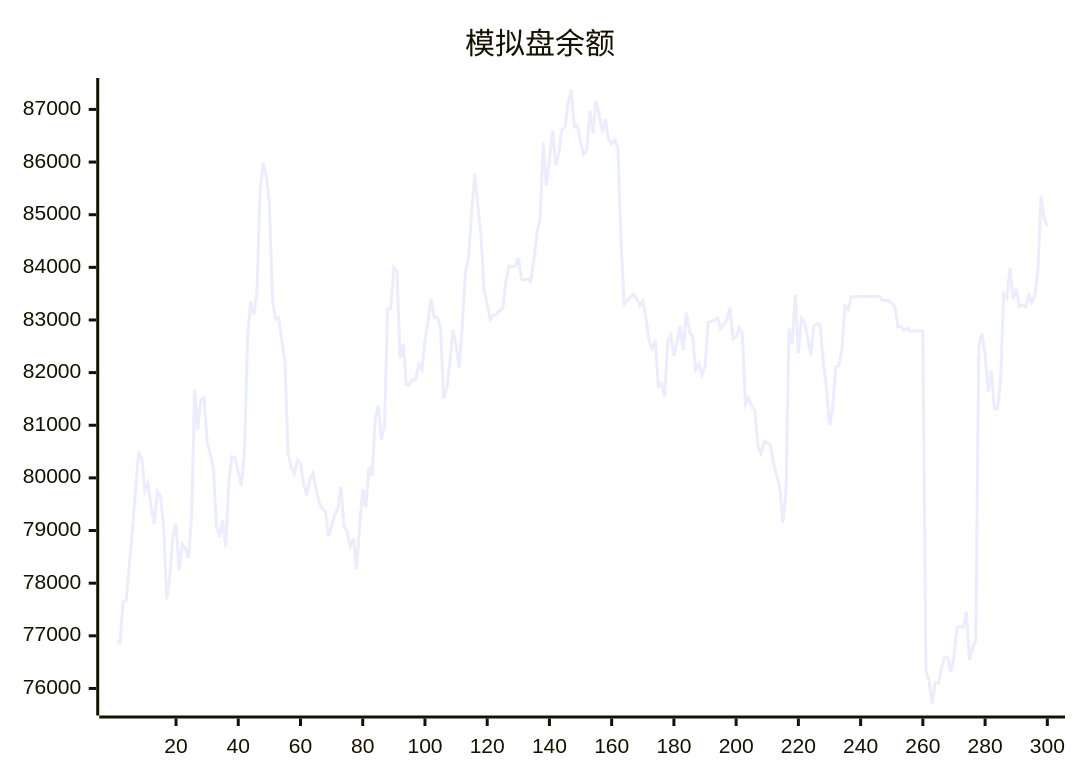
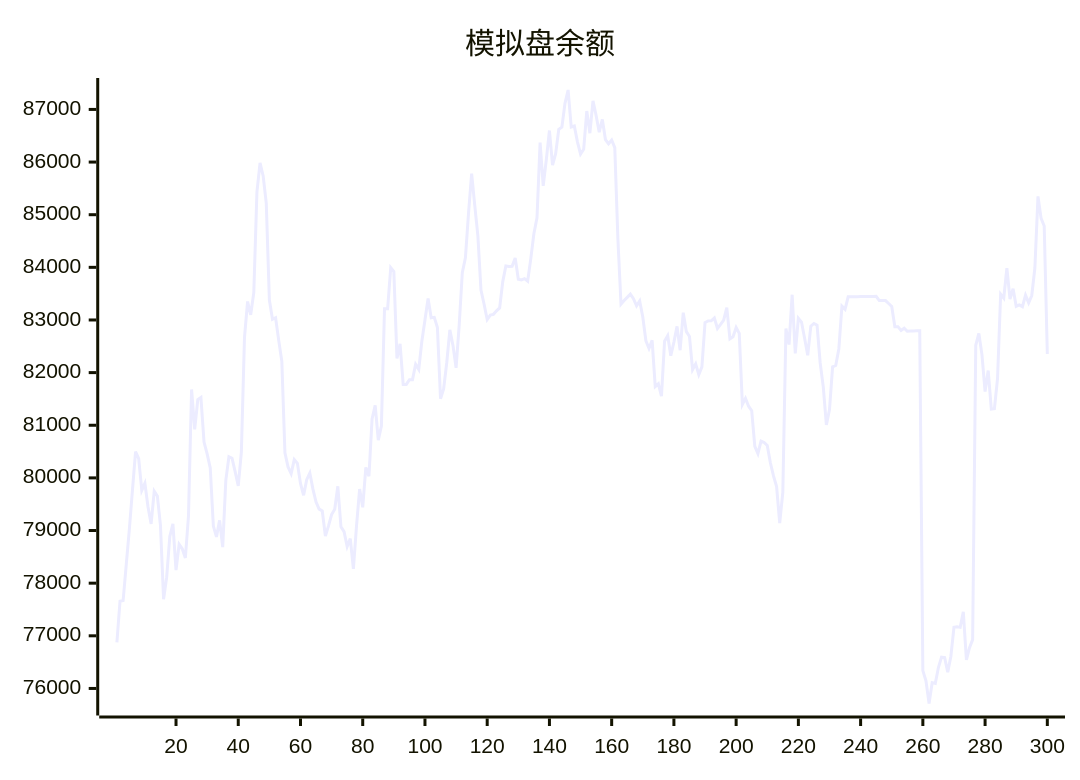
One commit to aahl/ai-trading changed the diagram in README.md. Above: the diagram before and after it, drawn with Mermaid. The commit also changed other lines of this file and 1 other file, not shown here.

````diff
--- a/README.md
+++ b/README.md
@@ -5,5 +5,5 @@
 ```mermaid
 xychart
     title "模拟盘余额"
-    line [76902,76876,77658,77669,78346,79023,79769,80497,80366,79761,79896,79448,79126,79749,79658,79097,77695,78114,78888,79126,78249,78738,78653,78478,79271,81680,80923,81488,81527,80681,80455,80190,79084,78879,79193,78686,79954,80403,80374,80118,79848,80491,82665,83351,83098,83525,85430,85983,85737,85221,83378,83014,83043,82613,82216,80477,80208,80081,80348,80277,79894,79670,79965,80093,79786,79542,79406,79371,78893,79087,79304,79406,79841,79072,78978,78696,78846,78272,79085,79787,79442,80198,80031,81120,81379,80718,80985,83214,83212,83993,83921,82270,82547,81776,81776,81866,81866,82158,82061,82596,83000,83408,83041,83050,82858,81503,81691,82188,82812,82517,82092,82901,83898,84180,85030,85781,85178,84604,83569,83298,83008,83093,83107,83175,83228,83729,84025,84017,84019,84177,83775,83762,83785,83738,84160,84639,84939,86370,85548,86046,86599,85942,86161,86622,86664,87115,87369,86666,86685,86384,86152,86243,86969,86548,87164,86885,86566,86809,86427,86348,86417,86273,84538,83299,83369,83430,83490,83404,83270,83362,83056,82605,82459,82614,81734,81788,81551,82598,82702,82320,82580,82878,82426,83139,82778,82686,82056,82166,81963,82110,82951,82983,82984,83038,82838,82915,82998,83235,82642,82682,82858,82746,81396,81512,81362,81277,80600,80461,80699,80673,80616,80288,80038,79836,79142,79722,82837,82533,83480,82366,83032,82960,82654,82330,82883,82934,82901,82188,81728,81005,81298,82110,82135,82449,83264,83203,83440,83439,83440,83440,83446,83447,83448,83447,83448,83449,83369,83369,83369,83313,83256,82872,82873,82801,82844,82785,82791,82791,82793,82794,76339,76145,75714,76110,76096,76397,76594,76585,76310,76607,77160,77170,77160,77456,76541,76774,76927,82520,82744,82337,81639,82040,81307,81314,81887,83490,83414,83984,83396,83594,83261,83287,83253,83470,83327,83465,83987,85348,84930,84786]
+    line [76876,77658,77669,78346,79023,79769,80497,80366,79761,79896,79448,79126,79749,79658,79097,77695,78114,78888,79126,78249,78738,78653,78478,79271,81680,80923,81488,81527,80681,80455,80190,79084,78879,79193,78686,79954,80403,80374,80118,79848,80491,82665,83351,83098,83525,85430,85983,85737,85221,83378,83014,83043,82613,82216,80477,80208,80081,80348,80277,79894,79670,79965,80093,79786,79542,79406,79371,78893,79087,79304,79406,79841,79072,78978,78696,78846,78272,79085,79787,79442,80198,80031,81120,81379,80718,80985,83214,83212,83993,83921,82270,82547,81776,81776,81866,81866,82158,82061,82596,83000,83408,83041,83050,82858,81503,81691,82188,82812,82517,82092,82901,83898,84180,85030,85781,85178,84604,83569,83298,83008,83093,83107,83175,83228,83729,84025,84017,84019,84177,83775,83762,83785,83738,84160,84639,84939,86370,85548,86046,86599,85942,86161,86622,86664,87115,87369,86666,86685,86384,86152,86243,86969,86548,87164,86885,86566,86809,86427,86348,86417,86273,84538,83299,83369,83430,83490,83404,83270,83362,83056,82605,82459,82614,81734,81788,81551,82598,82702,82320,82580,82878,82426,83139,82778,82686,82056,82166,81963,82110,82951,82983,82984,83038,82838,82915,82998,83235,82642,82682,82858,82746,81396,81512,81362,81277,80600,80461,80699,80673,80616,80288,80038,79836,79142,79722,82837,82533,83480,82366,83032,82960,82654,82330,82883,82934,82901,82188,81728,81005,81298,82110,82135,82449,83264,83203,83440,83439,83440,83440,83446,83447,83448,83447,83448,83449,83369,83369,83369,83313,83256,82872,82873,82801,82844,82785,82791,82791,82793,82794,76339,76145,75714,76110,76096,76397,76594,76585,76310,76607,77160,77170,77160,77456,76541,76774,76927,82520,82744,82337,81639,82040,81307,81314,81887,83490,83414,83984,83396,83594,83261,83287,83253,83470,83327,83465,83987,85348,84930,84786,82355]
 ```
````
